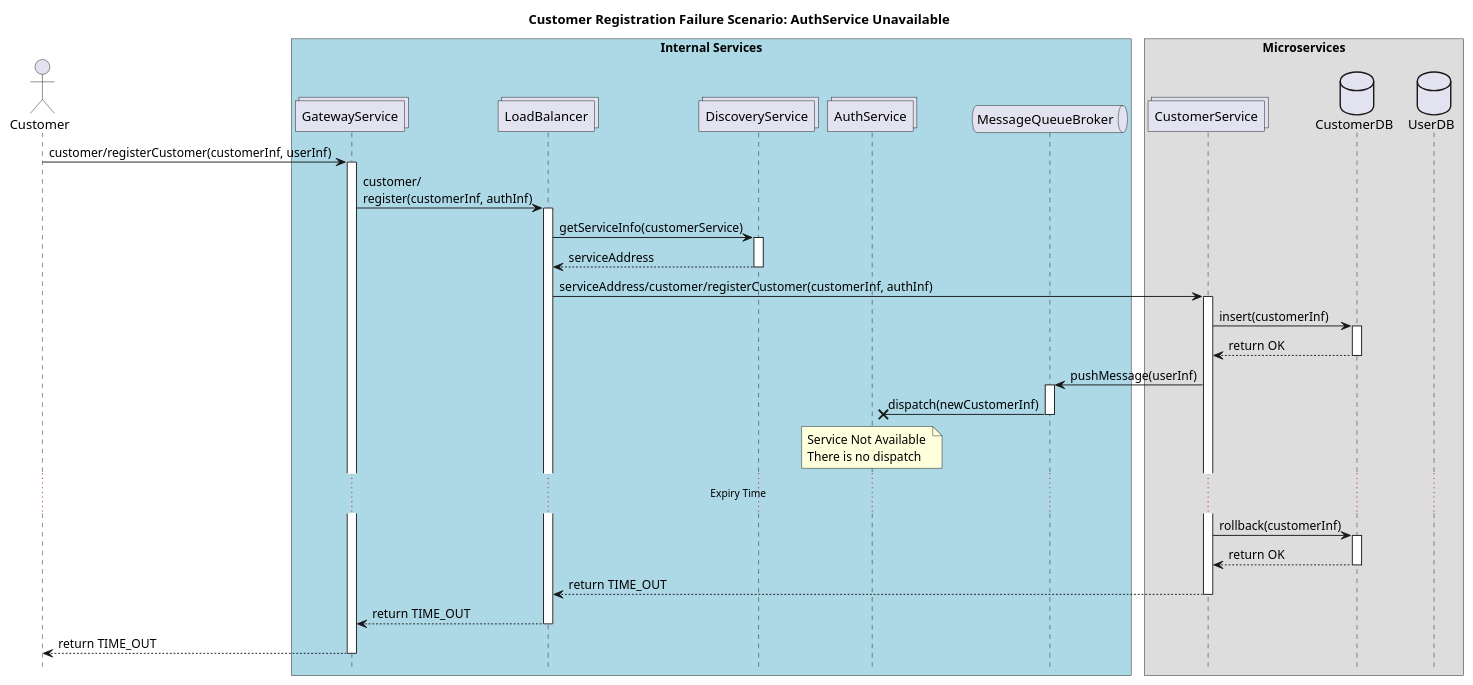
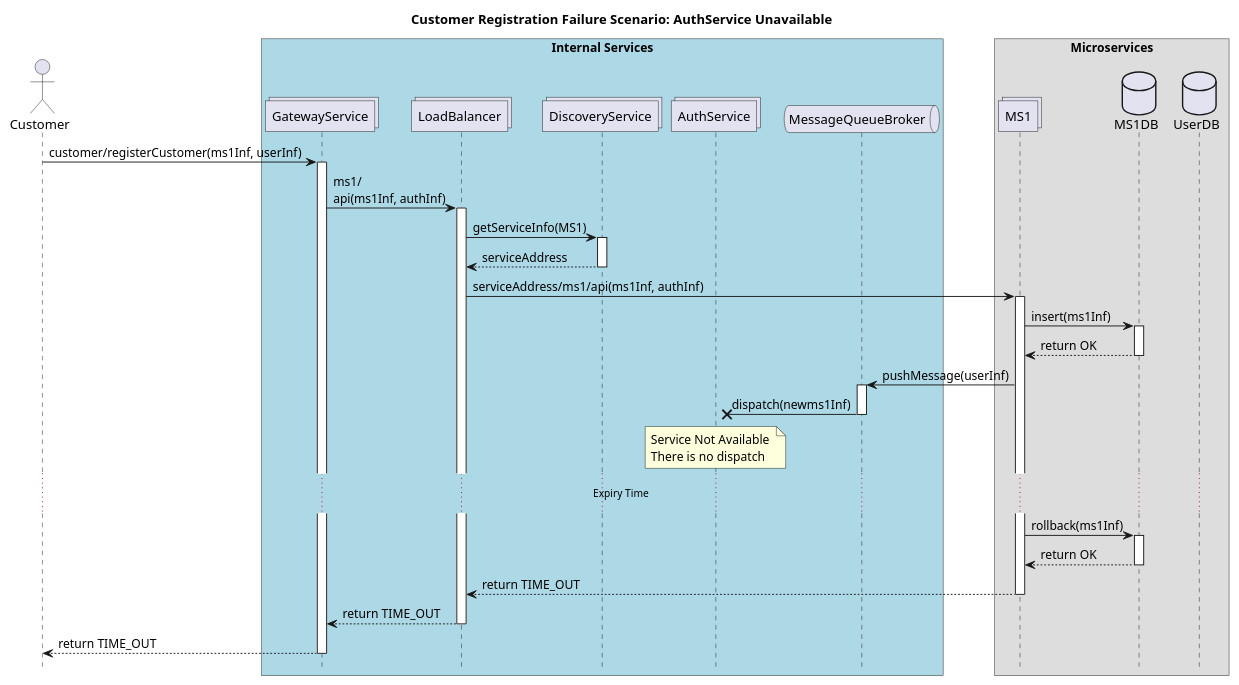
The diagram in 04 Client Registration Failure 1.wsd (naimyurek/microblockthesis), drawn with PlantUML before and after one commit. The commit also changed 9 other files, not shown here.

```diff
--- a/04 Client Registration Failure 1.wsd
+++ b/04 Client Registration Failure 1.wsd
@@ -1,42 +1,42 @@
 @startuml CustomerRegistrationFailureScenarioAuthServiceUnavailable
 !pragma teoz true
 
 title "Customer Registration Failure Scenario: AuthService Unavailable"
 
 hide footbox
 actor Customer
 
 
 box "Internal Services" #LightBlue
 collections GatewayService
 collections LoadBalancer
 collections DiscoveryService
 collections AuthService
 queue MessageQueueBroker
 end box
 
 box "Microservices"
-collections CustomerService
-database CustomerDB
+collections MS1
+database MS1DB
 database UserDB
 end box
 
-Customer -> GatewayService ++ : customer/registerCustomer(customerInf, userInf)
-GatewayService -> LoadBalancer ++ : customer/\nregister(customerInf, authInf)
-LoadBalancer -> DiscoveryService ++ : getServiceInfo(customerService)
+Customer -> GatewayService ++ : customer/registerCustomer(ms1Inf, userInf)
+GatewayService -> LoadBalancer ++ : ms1/\napi(ms1Inf, authInf)
+LoadBalancer -> DiscoveryService ++ : getServiceInfo(MS1)
 return serviceAddress 
-LoadBalancer -> CustomerService ++ : serviceAddress/customer/registerCustomer(customerInf, authInf)
-CustomerService -> CustomerDB ++: insert(customerInf)
+LoadBalancer -> MS1 ++ : serviceAddress/ms1/api(ms1Inf, authInf)
+MS1 -> MS1DB ++: insert(ms1Inf)
 return return OK 
-CustomerService -> MessageQueueBroker ++ : pushMessage(userInf)
-MessageQueueBroker ->x AuthService -- : dispatch(newCustomerInf)
+MS1 -> MessageQueueBroker ++ : pushMessage(userInf)
+MessageQueueBroker ->x AuthService -- : dispatch(newms1Inf)
 note over AuthService: Service Not Available \nThere is no dispatch
 ...Expiry Time...
-CustomerService -> CustomerDB ++: rollback(customerInf)
+MS1 -> MS1DB ++: rollback(ms1Inf)
 return return OK 
 return return TIME_OUT 
 return return TIME_OUT 
 return return TIME_OUT 
 
 
 @enduml
```
